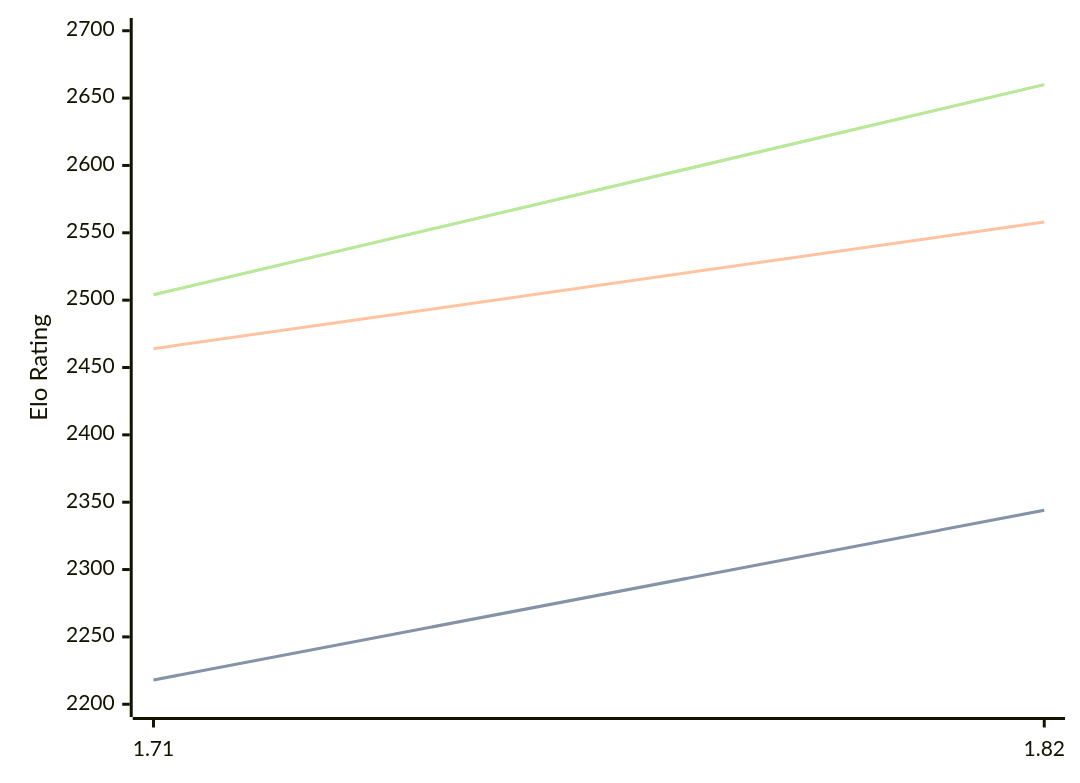
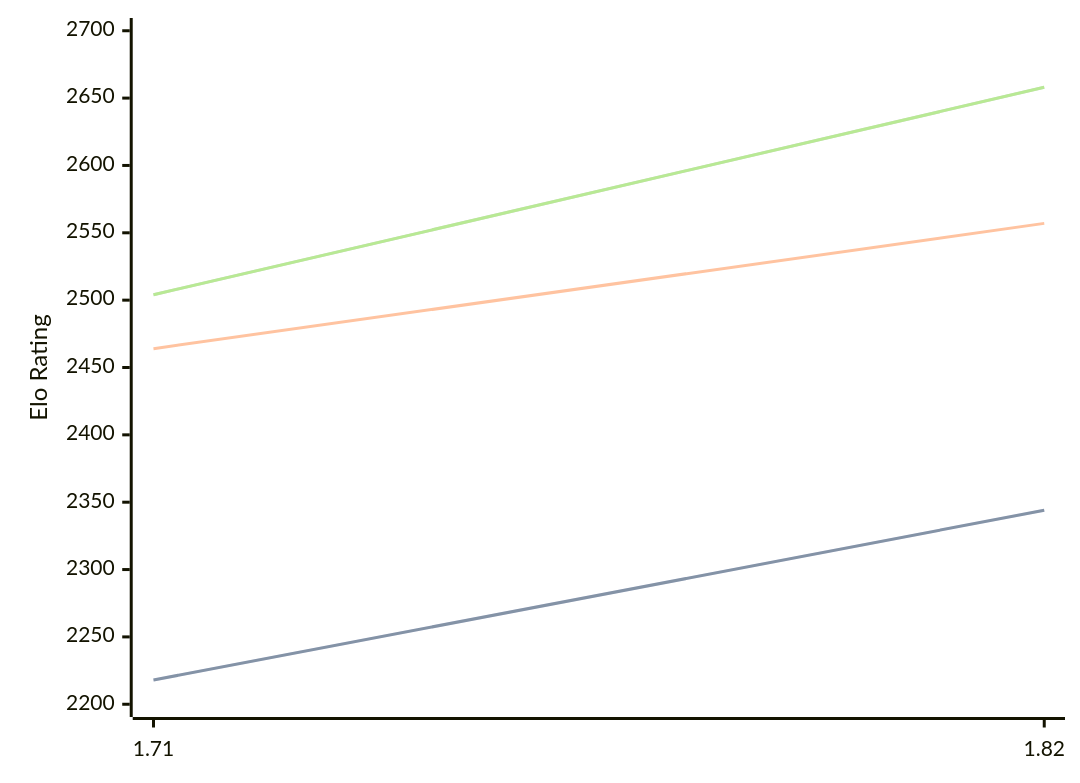
Before and after one commit to computer-chess-index/cci: the diagram in engines/Amira.md, drawn with Mermaid. The commit also changed other lines of this file, not shown here.

Commit message:
Update CCI Ratings (ELO VLTC) - 2026-03-22

````diff
--- a/engines/Amira.md
+++ b/engines/Amira.md
@@ -35,11 +35,11 @@
 ```mermaid
 %%{init: {"theme":"base","themeVariables":{"seriesColors:['#a3a3a3','#222221','#faa371']}}}%%
 xychart-beta
   x-axis ["1.71", "1.82"]
   y-axis "Elo Rating" 2200 --> 2700
   line "STC (8.0+0.08s)" [2218, 2344]
   line "STC (8.0+0.08s)" [2218, 2344]
-  line "LTC (60.0+0.60s)" [2464, 2558]
-  line "VLTC (2m24s+1.12s)" [2504, 2660]
-  line "VLTC (2m24s+1.12s)" [2504, 2660]
+  line "LTC (60.0+0.60s)" [2464, 2557]
+  line "VLTC (2m24s+1.12s)" [2504, 2658]
+  line "VLTC (2m24s+1.12s)" [2504, 2658]
 ```
````
